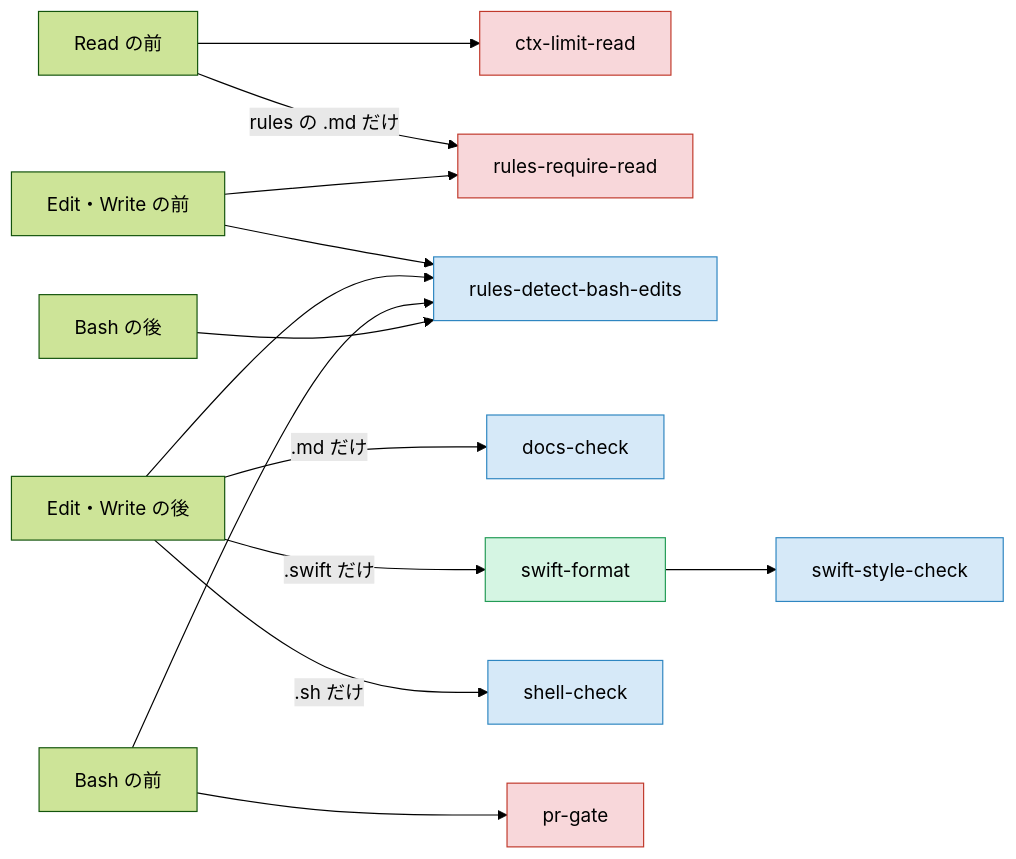
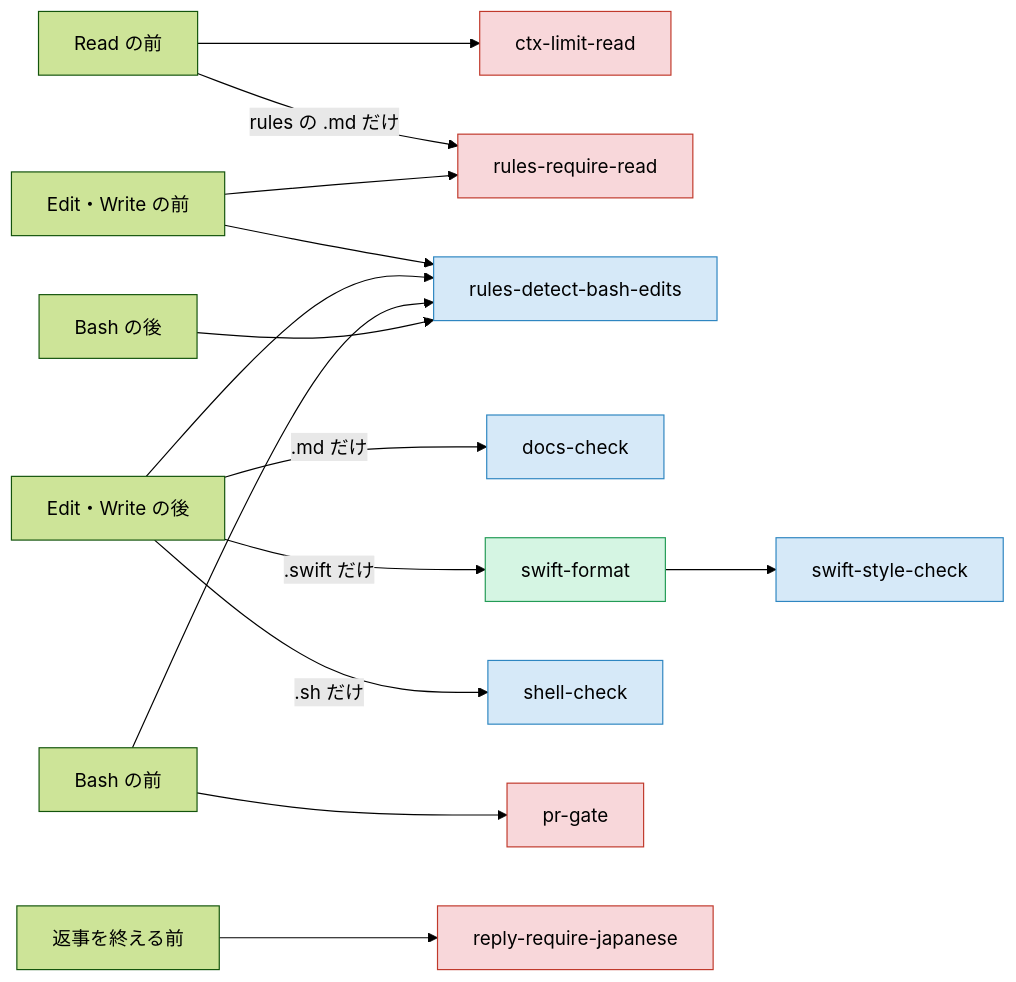
The diagram in docs/usage/components.md (yossibank/claude-config), drawn with Mermaid (forest theme) before and after one commit. The commit also changed other lines of this file and 4 other files, not shown here.

````diff
--- a/docs/usage/components.md
+++ b/docs/usage/components.md
@@ -30,22 +30,23 @@
 ```mermaid
 flowchart LR
     readBefore["Read の前"] --> limit["ctx-limit-read"]
     readBefore -->|rules の .md だけ| require["rules-require-read"]
     editBefore["Edit・Write の前"] --> require
     editBefore --> detect["rules-detect-bash-edits"]
     editAfter["Edit・Write の後"] -->|.md だけ| docs["docs-check"]
     editAfter -->|.swift だけ| swift["swift-format"]
     swift --> swiftStyle["swift-style-check"]
     editAfter -->|.sh だけ| shell["shell-check"]
     editAfter --> detect
     bashBefore["Bash の前"] --> detect
     bashBefore --> gate["pr-gate"]
     bashAfter["Bash の後"] --> detect
+    stop["返事を終える前"] --> japanese["reply-require-japanese"]
 
     classDef block fill:#f8d7da,stroke:#c0392b,color:#000
     classDef inform fill:#d6e9f8,stroke:#2e86c1,color:#000
     classDef tidy fill:#d5f5e3,stroke:#239b56,color:#000
-    class limit,require,gate block
+    class limit,require,gate,japanese block
     class docs,swiftStyle,shell,detect inform
     class swift tidy
 ```
````
